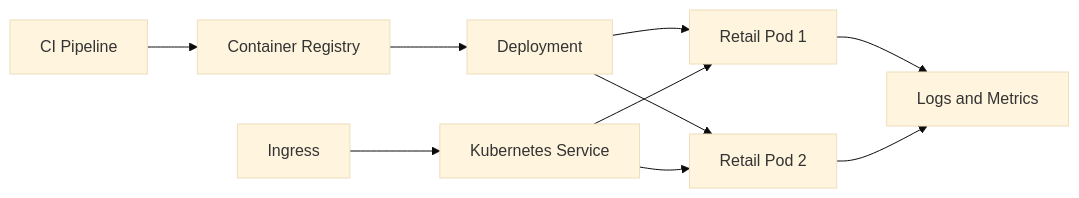
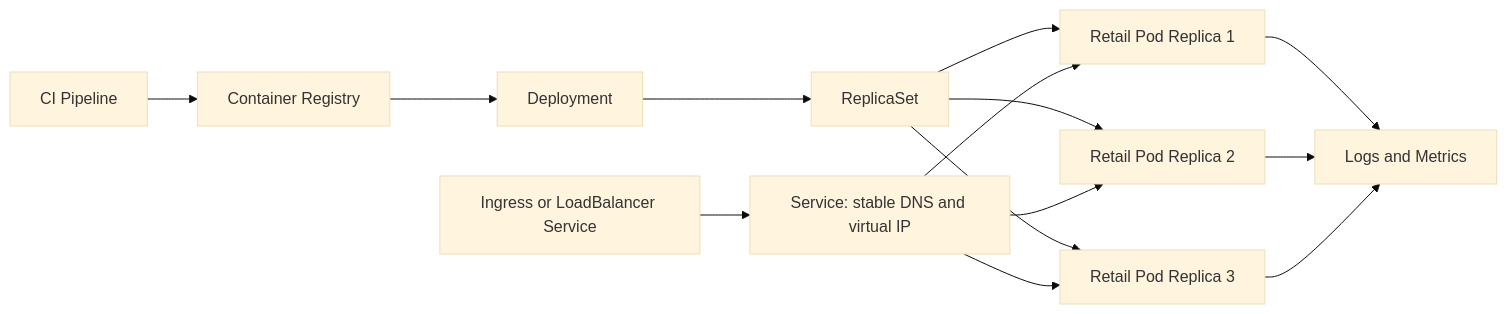
Before and after one commit to rohanpurohit7/IndustryGradeProject1: the fifth of 5 diagrams in docs/ARCHITECTURE.md, drawn with Mermaid (base theme). The commit also changed other lines of this file, not shown here.

Commit message:
docs: clarify Kubernetes replicas, pods, services, and load balancing

````diff
--- a/docs/ARCHITECTURE.md
+++ b/docs/ARCHITECTURE.md
@@ -54,12 +81,16 @@
 ```mermaid
 flowchart LR
     CI[CI Pipeline] --> REG[Container Registry]
     REG --> DEP[Deployment]
-    DEP --> POD1[Retail Pod 1]
-    DEP --> POD2[Retail Pod 2]
-    SVC[Kubernetes Service] --> POD1
+    DEP --> RS[ReplicaSet]
+    RS --> POD1[Retail Pod Replica 1]
+    RS --> POD2[Retail Pod Replica 2]
+    RS --> POD3[Retail Pod Replica 3]
+    SVC[Service: stable DNS and virtual IP] --> POD1
     SVC --> POD2
-    ING[Ingress] --> SVC
+    SVC --> POD3
+    EXT[Ingress or LoadBalancer Service] --> SVC
     POD1 --> OBS[Logs and Metrics]
     POD2 --> OBS
+    POD3 --> OBS
 ```
````
